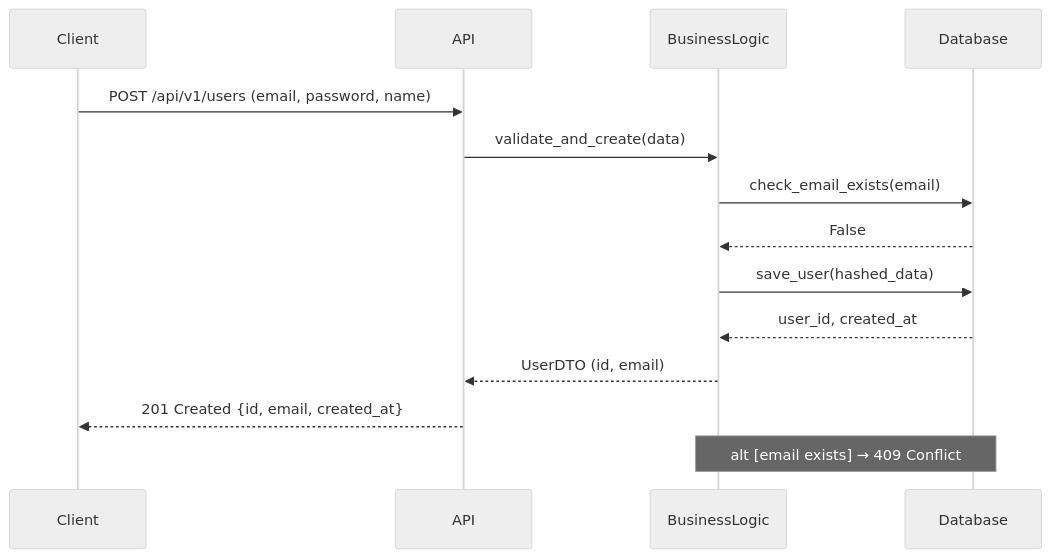
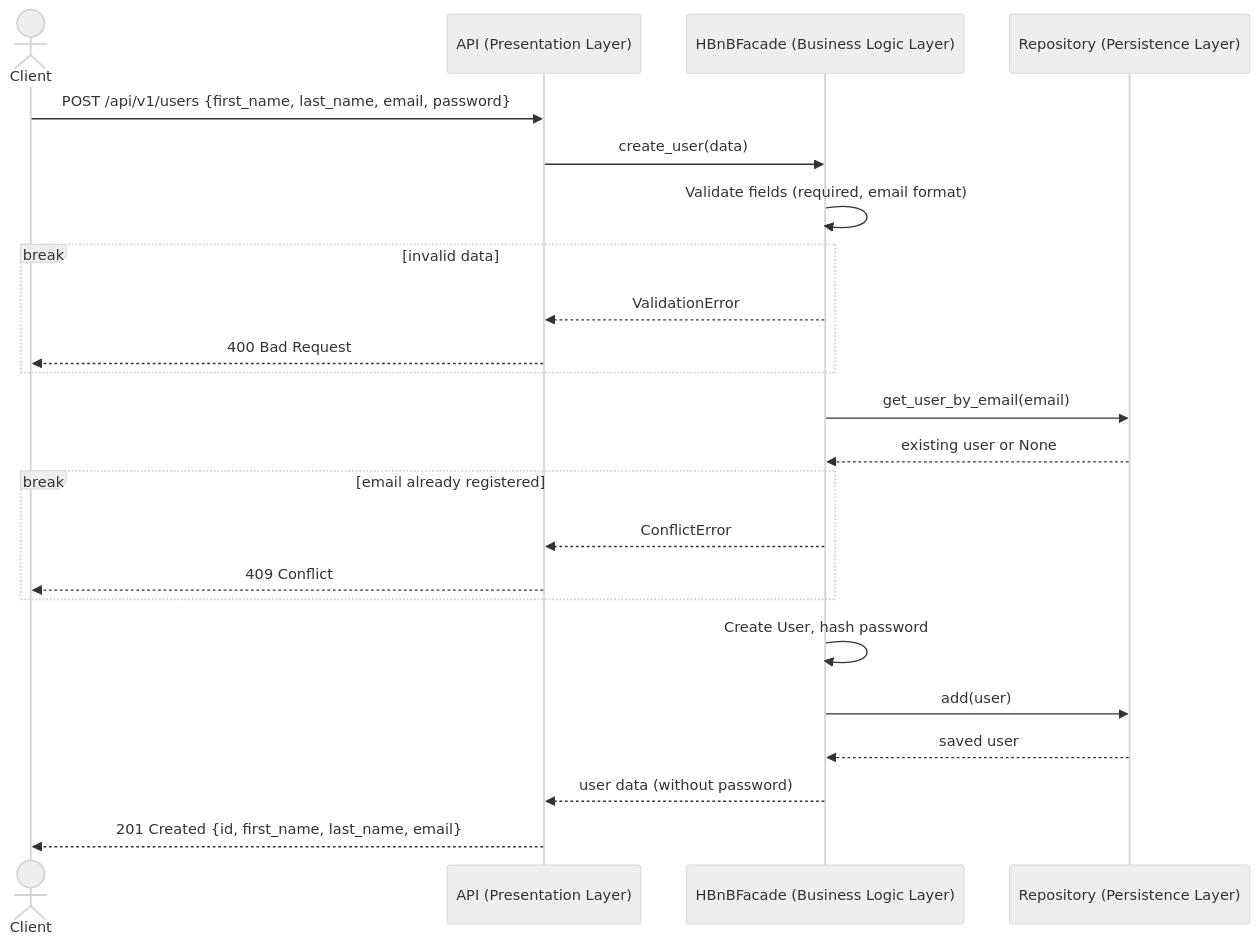
Before and after one commit to quliyevadinara/holbertonschool-hbnb: the third of 6 diagrams in part1/diagrams.md, drawn with Mermaid (neutral theme). The commit also changed other lines of this file and 1 other file, not shown here.

Commit message:
Complete part1 technical documentation with UML diagrams

````diff
--- a/part1/diagrams.md
+++ b/part1/diagrams.md
@@ -105,18 +142,26 @@
 ```mermaid
 sequenceDiagram
-    participant Client
-    participant API
-    participant BusinessLogic
-    participant Database
+    actor Client
+    participant API as API (Presentation Layer)
+    participant BL as HBnBFacade (Business Logic Layer)
+    participant DB as Repository (Persistence Layer)
 
-    Client->>API: POST /api/v1/users (email, password, name)
-    API->>BusinessLogic: validate_and_create(data)
-    BusinessLogic->>Database: check_email_exists(email)
-    Database-->>BusinessLogic: False
-    BusinessLogic->>Database: save_user(hashed_data)
-    Database-->>BusinessLogic: user_id, created_at
-    BusinessLogic-->>API: UserDTO (id, email)
-    API-->>Client: 201 Created {id, email, created_at}
-
-    Note over BusinessLogic,Database: alt [email exists] → 409 Conflict
+    Client->>API: POST /api/v1/users {first_name, last_name, email, password}
+    API->>BL: create_user(data)
+    BL->>BL: Validate fields (required, email format)
+    break invalid data
+        BL-->>API: ValidationError
+        API-->>Client: 400 Bad Request
+    end
+    BL->>DB: get_user_by_email(email)
+    DB-->>BL: existing user or None
+    break email already registered
+        BL-->>API: ConflictError
+        API-->>Client: 409 Conflict
+    end
+    BL->>BL: Create User, hash password
+    BL->>DB: add(user)
+    DB-->>BL: saved user
+    BL-->>API: user data (without password)
+    API-->>Client: 201 Created {id, first_name, last_name, email}
 ```
````
